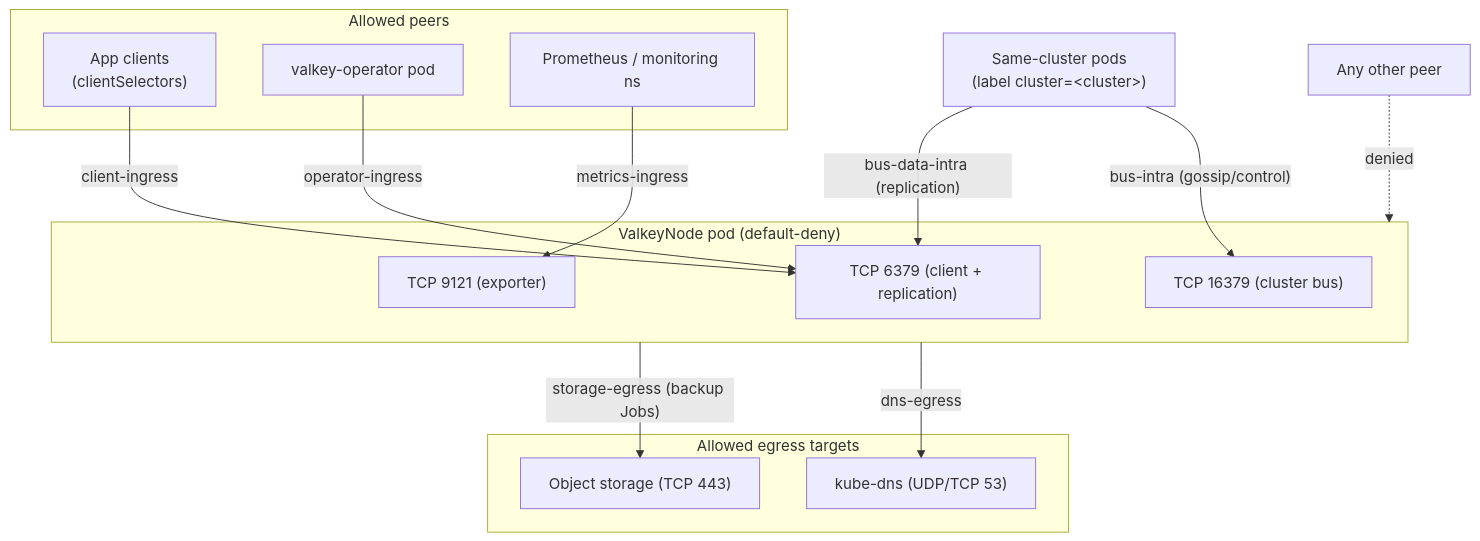
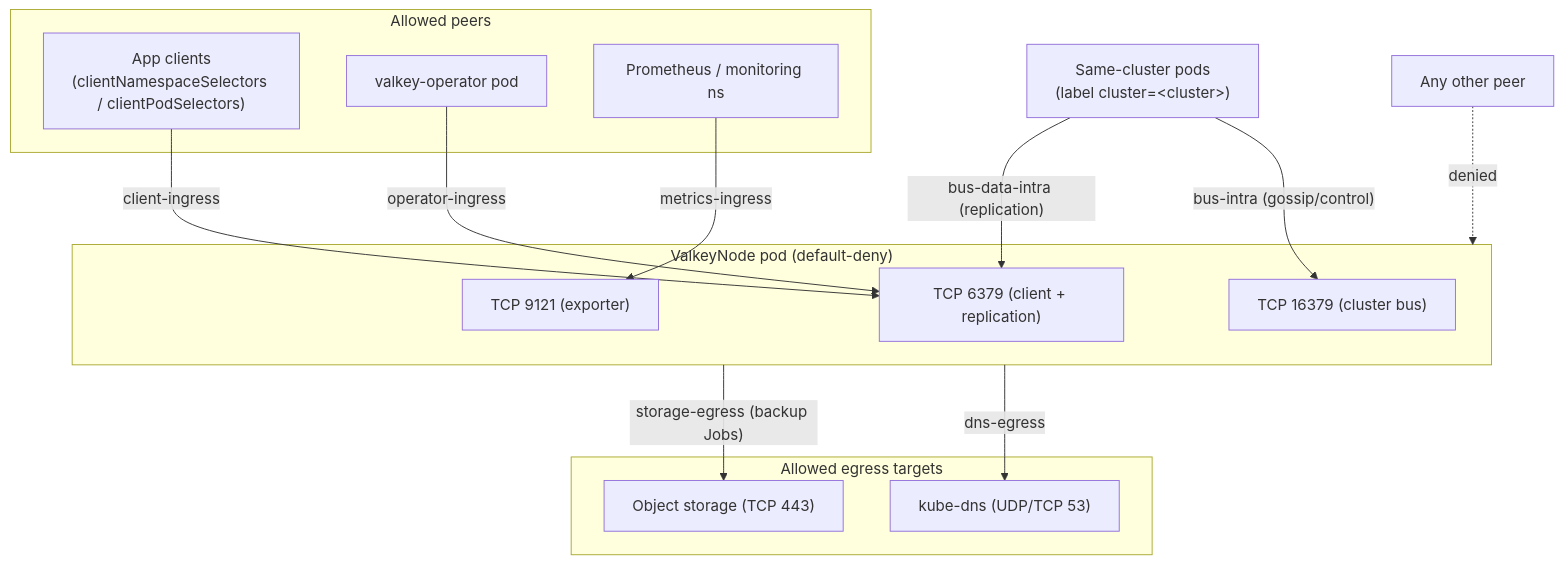
The sixth of 6 diagrams in docs/architecture/07-security.md (EvgeniyPatlan/percona-valkey-operator), drawn with Mermaid before and after one commit. The commit also changed other lines of this file and 9 other files, not shown here.

````diff
--- a/docs/architecture/07-security.md
+++ b/docs/architecture/07-security.md
@@ -440,28 +487,28 @@
 ```mermaid
 flowchart TB
     subgraph peers["Allowed peers"]
-        app["App clients<br/>(clientSelectors)"]
+        app["App clients<br/>(clientNamespaceSelectors / clientPodSelectors)"]
         op["valkey-operator pod"]
         prom["Prometheus / monitoring ns"]
     end
 
     subgraph node["ValkeyNode pod (default-deny)"]
         p6379["TCP 6379 (client + replication)"]
         p16379["TCP 16379 (cluster bus)"]
         p9121["TCP 9121 (exporter)"]
     end
 
     subgraph egress["Allowed egress targets"]
         dns["kube-dns (UDP/TCP 53)"]
         obj["Object storage (TCP 443)"]
     end
 
     app -->|"client-ingress"| p6379
     op -->|"operator-ingress"| p6379
     peer["Same-cluster pods<br/>(label cluster=&lt;cluster&gt;)"] -->|"bus-intra (gossip/control)"| p16379
     peer -->|"bus-data-intra (replication)"| p6379
     prom -->|"metrics-ingress"| p9121
     node -->|"dns-egress"| dns
     node -->|"storage-egress (backup Jobs)"| obj
     blocked["Any other peer"] -.->|"denied"| node
 ```
````
